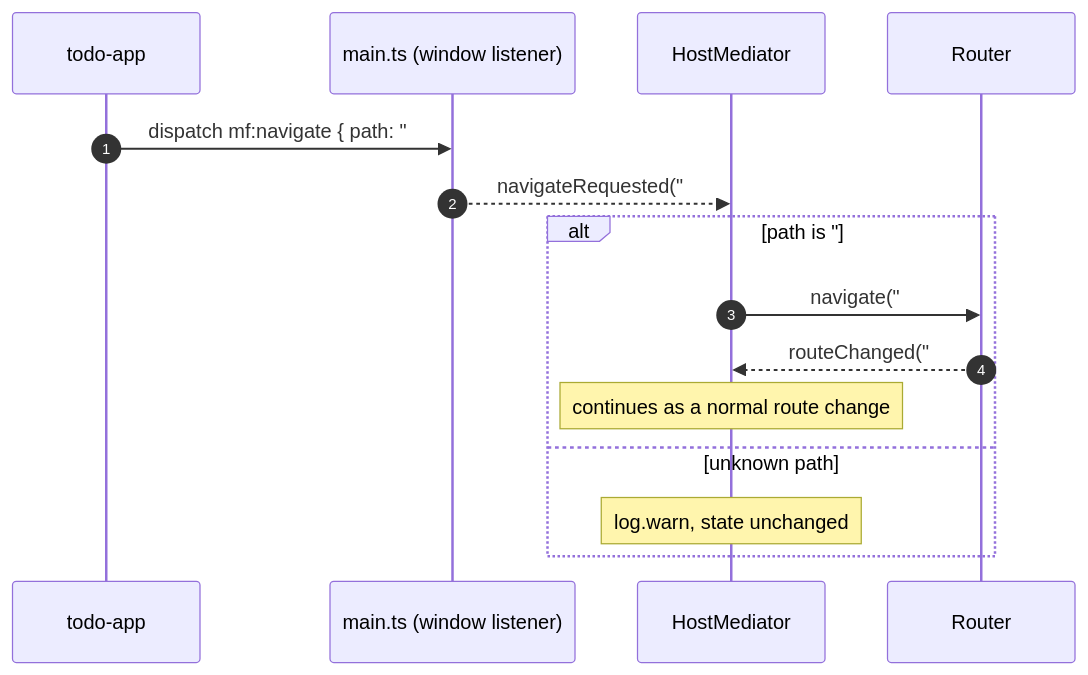
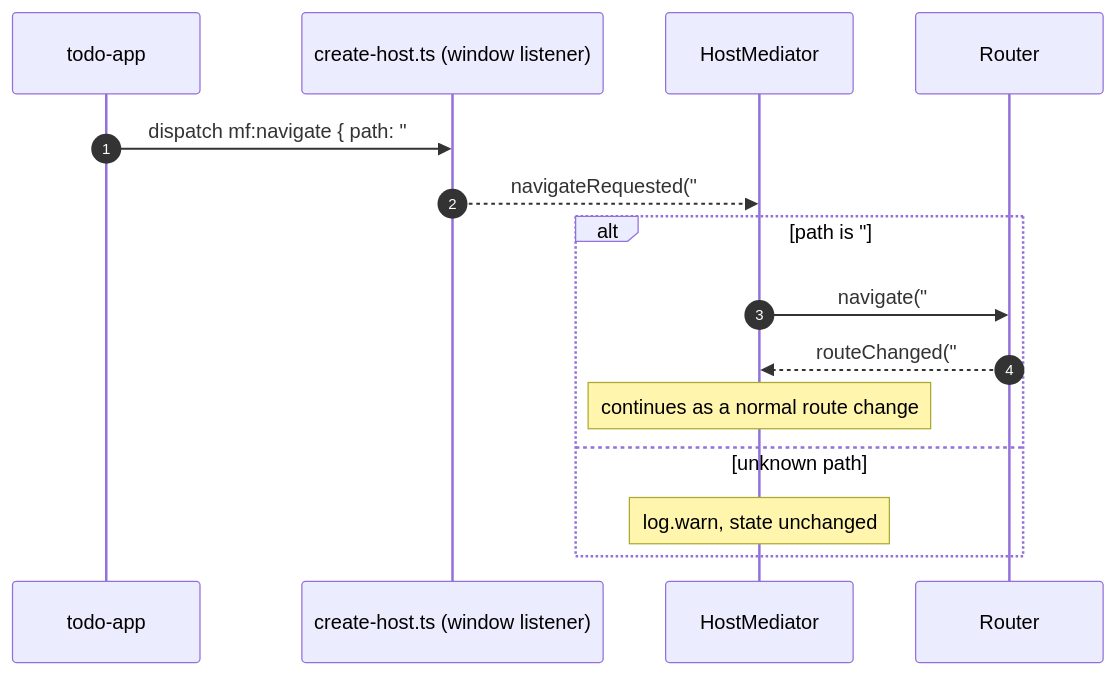
The sixth of 6 diagrams in docs/milestones/m1-host-shell.md (vungdv/micro-frontend-webcomponent), drawn with Mermaid before and after one commit. The commit also changed other lines of this file and 68 other files, not shown here.

````diff
--- a/docs/milestones/m1-host-shell.md
+++ b/docs/milestones/m1-host-shell.md
@@ -186,18 +190,18 @@
 ```mermaid
 sequenceDiagram
   autonumber
   participant El as todo-app
-  participant Main as main.ts (window listener)
+  participant Main as create-host.ts (window listener)
   participant M as HostMediator
   participant R as Router
 
   El->>Main: dispatch mf:navigate { path: "#/weather" }
   Main-->>M: navigateRequested("#/weather")
   alt path is "#/" or a declared route
     M->>R: navigate("#/weather")
     R-->>M: routeChanged("#/weather", weather)
     Note over M: continues as a normal route change
   else unknown path
     Note over M: log.warn, state unchanged
   end
 ```
````
